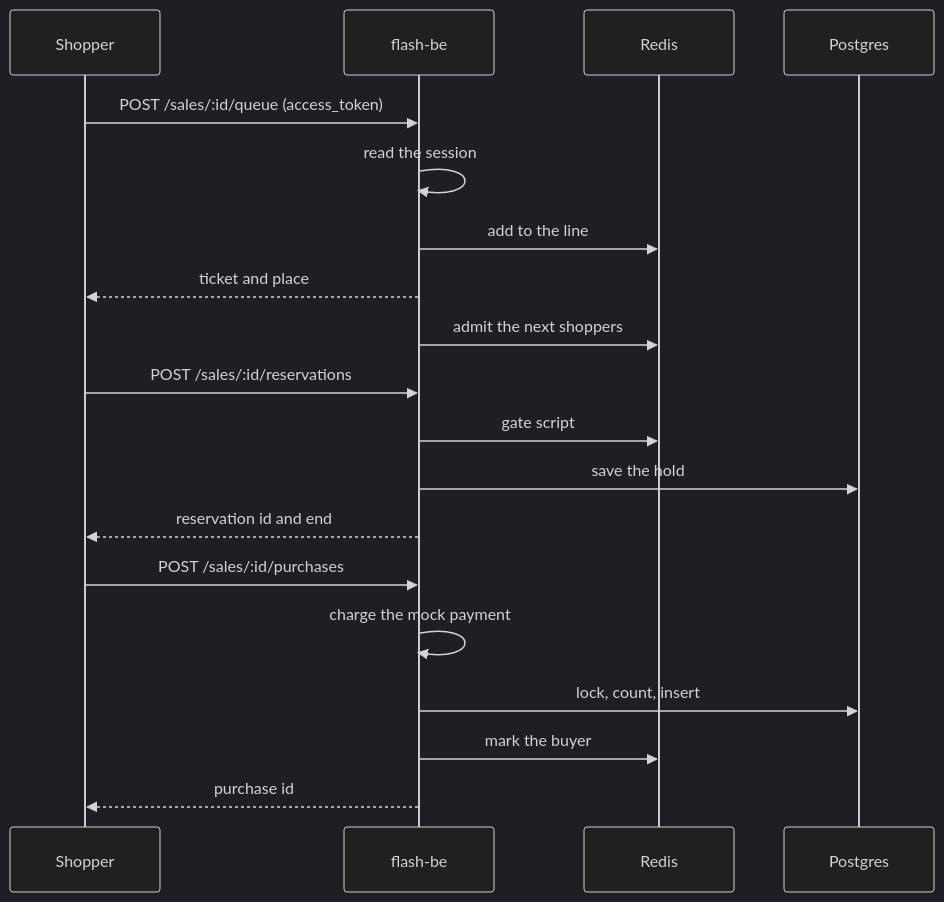
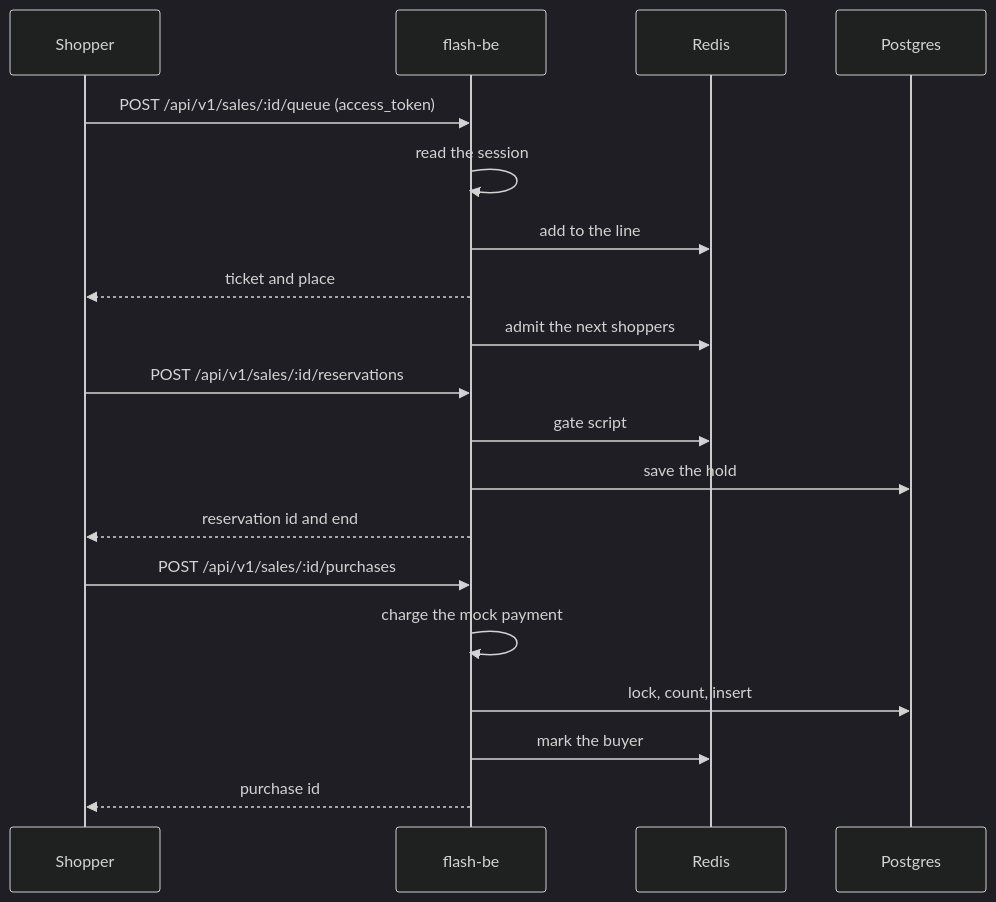
The second of 4 diagrams in specs/apps/flash/c4/sequences.md (wahidyankf/coding-itv-js-flashsale), drawn with Mermaid (dark theme) before and after one commit. The commit also changed other lines of this file and 111 other files, not shown here.

````diff
--- a/specs/apps/flash/c4/sequences.md
+++ b/specs/apps/flash/c4/sequences.md
@@ -81,23 +81,23 @@
 ```mermaid
 sequenceDiagram
   accTitle: Reserve and pay
   accDescr: The shopper joins the queue and receives a ticket. After admission the shopper reserves an item. The API asks the Redis gate, which counts buyers and live holds, then writes the hold to Postgres. The shopper then confirms. The API charges the payment provider, commits the purchase in one Postgres transaction, and tells the gate.
   participant S as Shopper
   participant A as flash-be
   participant R as Redis
   participant P as Postgres
-  S->>A: POST /sales/:id/queue (access_token)
+  S->>A: POST /api/v1/sales/:id/queue (access_token)
   A->>A: read the session
   A->>R: add to the line
   A-->>S: ticket and place
   A->>R: admit the next shoppers
-  S->>A: POST /sales/:id/reservations
+  S->>A: POST /api/v1/sales/:id/reservations
   A->>R: gate script
   A->>P: save the hold
   A-->>S: reservation id and end
-  S->>A: POST /sales/:id/purchases
+  S->>A: POST /api/v1/sales/:id/purchases
   A->>A: charge the mock payment
   A->>P: lock, count, insert
   A->>R: mark the buyer
   A-->>S: purchase id
 ```
````
